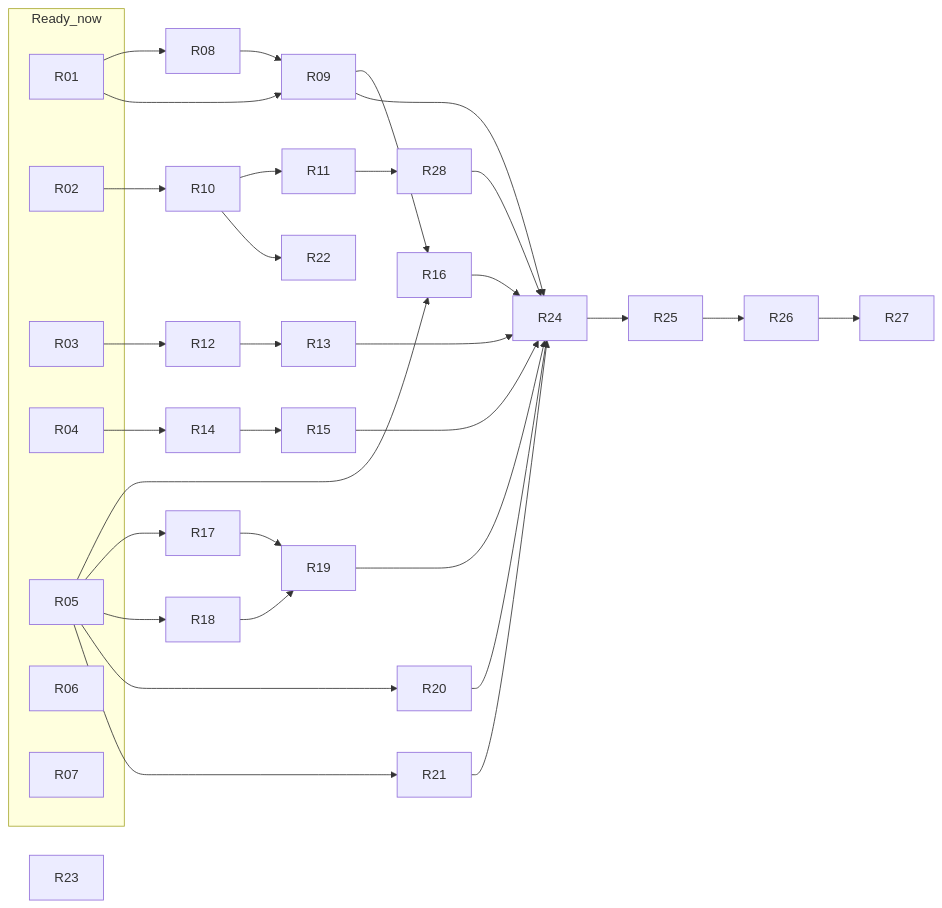
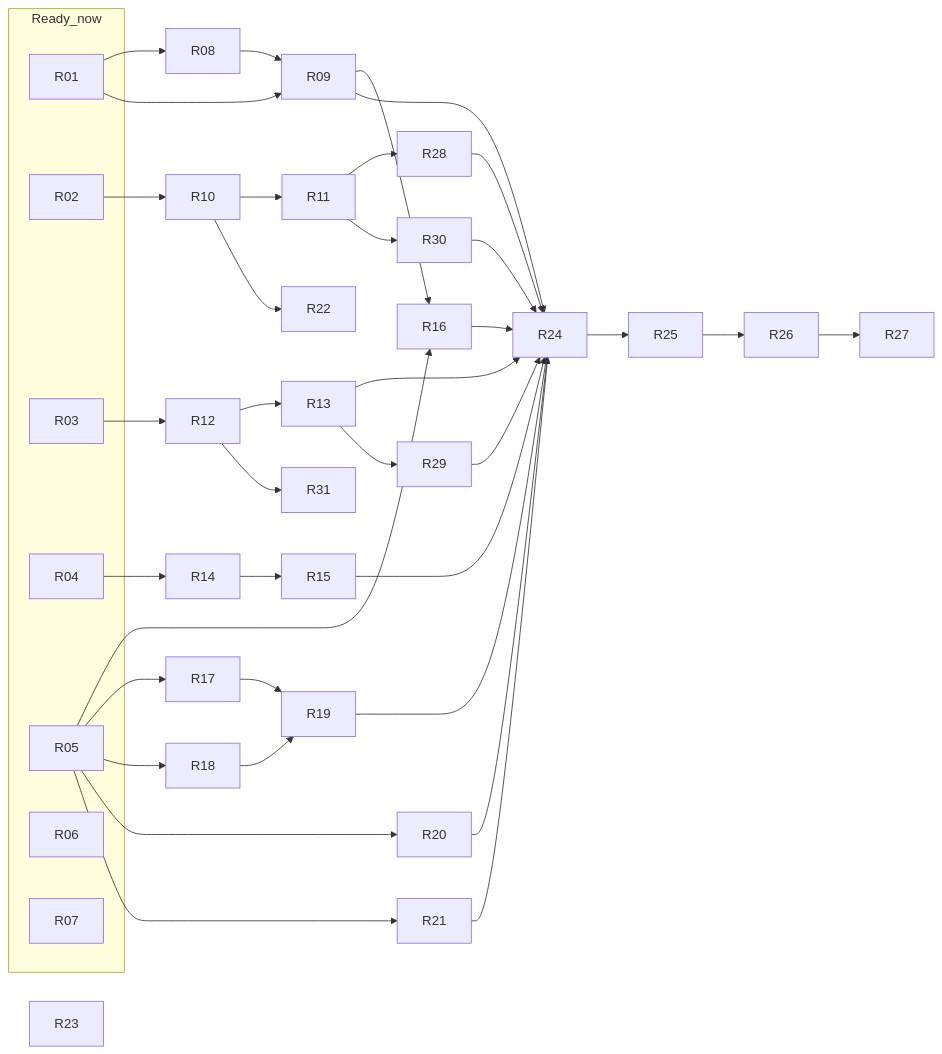
The diagram in docs/plans/PD-059-roadmap.md (suthirram/portfolio-dashboard), drawn with Mermaid before and after one commit. The commit also changed other lines of this file and 7 other files, not shown here.

````diff
--- a/docs/plans/PD-059-roadmap.md
+++ b/docs/plans/PD-059-roadmap.md
@@ -84,34 +110,37 @@
 ```mermaid
 graph LR
   subgraph Ready_now
     R01
     R02
     R03
     R04
     R05
     R06
     R07
   end
   R01 --> R08 --> R09
   R01 --> R09
   R02 --> R10 --> R11
   R10 --> R22
   R03 --> R12 --> R13
   R04 --> R14 --> R15
   R05 --> R16
   R09 --> R16
   R05 --> R17 --> R19
   R05 --> R18 --> R19
   R05 --> R20
   R05 --> R21
   R09 --> R24
   R11 --> R28 --> R24
   R13 --> R24
   R15 --> R24
   R16 --> R24
   R19 --> R24
   R20 --> R24
   R21 --> R24
+  R13 --> R29 --> R24
+  R11 --> R30 --> R24
+  R12 --> R31
   R24 --> R25 --> R26 --> R27
   R23
 ```
````
